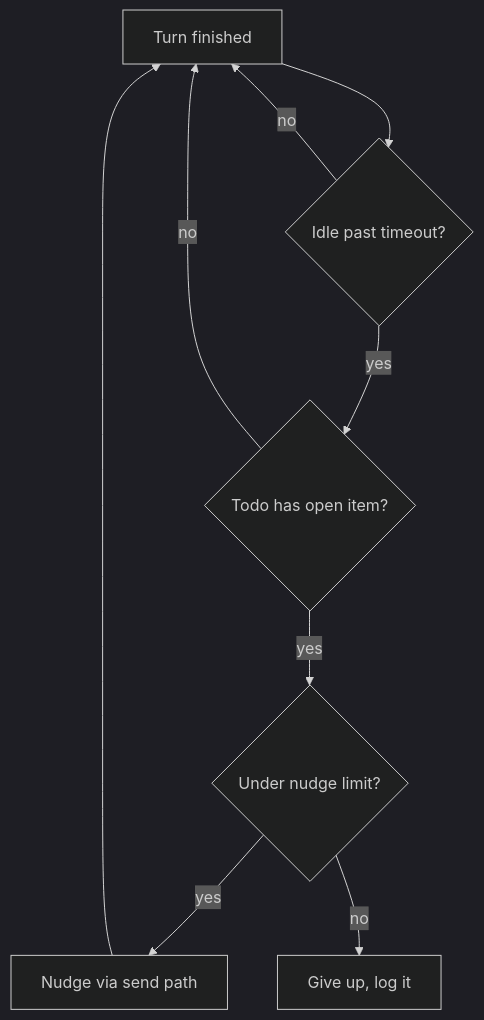
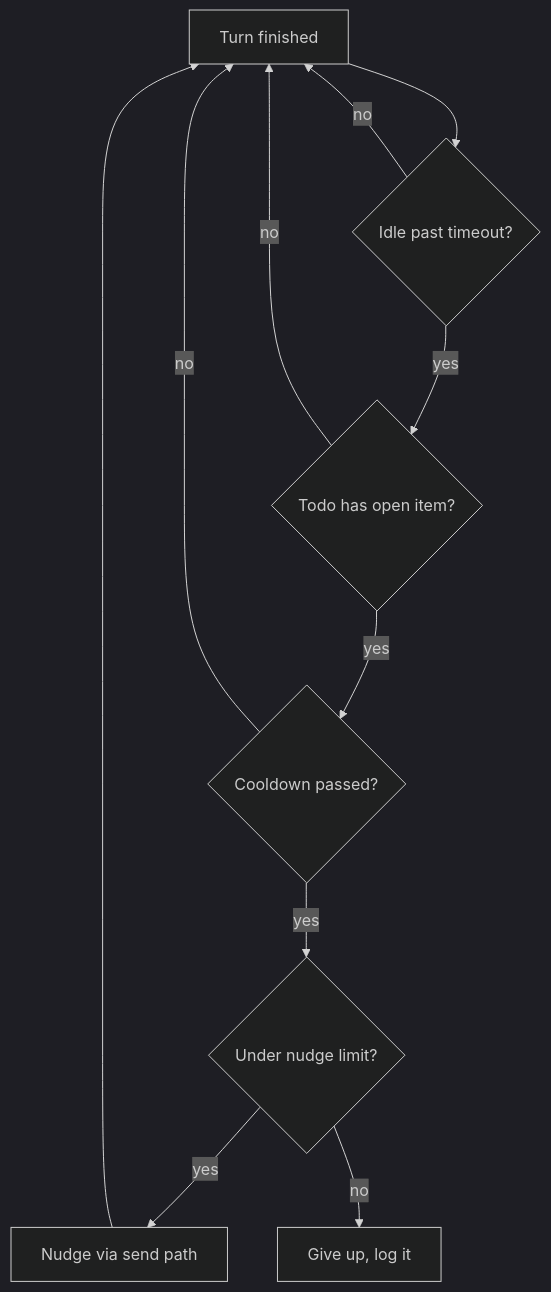
Before and after one commit to openabdev/openab-shepherd: the first of 2 diagrams in docs/routine.md, drawn with Mermaid (dark theme). The commit also changed other lines of this file and 20 other files, not shown here.

````diff
--- a/docs/routine.md
+++ b/docs/routine.md
@@ -55,11 +55,13 @@
 ```mermaid
 flowchart TD
     A[Turn finished] --> B{Idle past timeout?}
     B -- no --> A
     B -- yes --> C{Todo has open item?}
     C -- no --> A
-    C -- yes --> D{Under nudge limit?}
+    C -- yes --> K{Cooldown passed?}
+    K -- no --> A
+    K -- yes --> D{Under nudge limit?}
     D -- yes --> E[Nudge via send path]
     E --> A
     D -- no --> F[Give up, log it]
 ```
````
